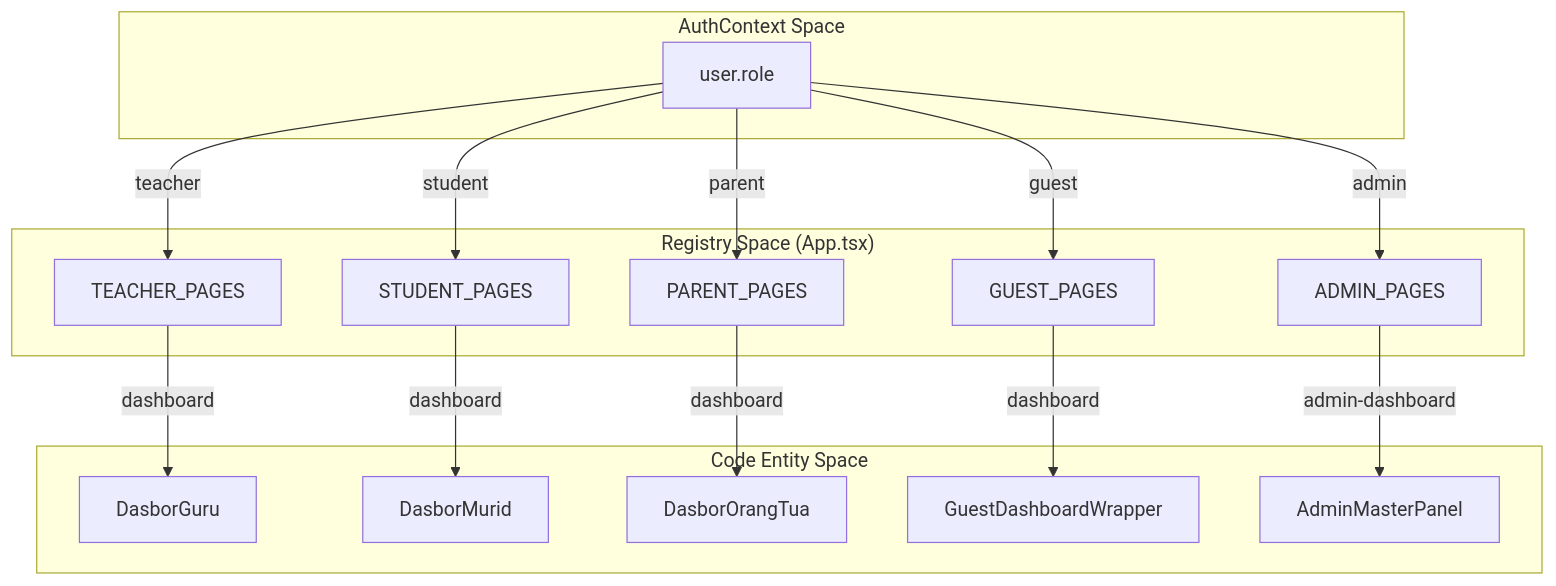
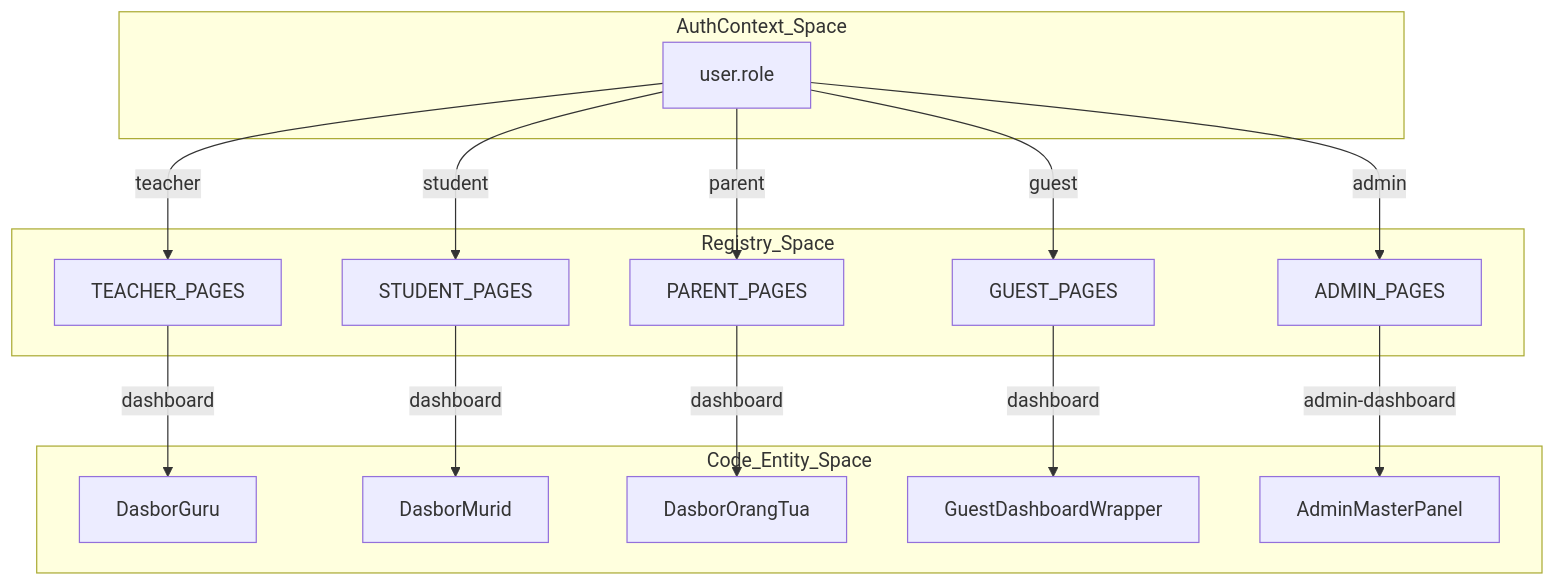
The fifth of 24 diagrams in README.md (Delta-Polder-Indonesia/siakad-sekolah), drawn with Mermaid before and after one commit. The commit also changed other lines of this file and 13 other files, not shown here.

````diff
--- a/README.md
+++ b/README.md
@@ -461,34 +461,34 @@
 ```mermaid
 graph TD
-    subgraph "AuthContext Space"
+    subgraph AuthContext_Space
         UserRole["user.role"]
     end
 
-    subgraph "Registry Space (App.tsx)"
+    subgraph Registry_Space
         TEACHER["TEACHER_PAGES"]
         STUDENT["STUDENT_PAGES"]
         PARENT["PARENT_PAGES"]
         GUEST["GUEST_PAGES"]
         ADMIN["ADMIN_PAGES"]
     end
 
-    subgraph "Code Entity Space"
+    subgraph Code_Entity_Space
         DG["DasborGuru"]
         DM["DasborMurid"]
         DOT["DasborOrangTua"]
         GDW["GuestDashboardWrapper"]
         AMP["AdminMasterPanel"]
     end
 
-    UserRole -- "teacher" --> TEACHER
-    UserRole -- "student" --> STUDENT
-    UserRole -- "parent" --> PARENT
-    UserRole -- "guest" --> GUEST
-    UserRole -- "admin" --> ADMIN
+    UserRole -- teacher --> TEACHER
+    UserRole -- student --> STUDENT
+    UserRole -- parent --> PARENT
+    UserRole -- guest --> GUEST
+    UserRole -- admin --> ADMIN
 
-    TEACHER -- "dashboard" --> DG
-    STUDENT -- "dashboard" --> DM
-    PARENT -- "dashboard" --> DOT
-    GUEST -- "dashboard" --> GDW
-    ADMIN -- "admin-dashboard" --> AMP
+    TEACHER -- dashboard --> DG
+    STUDENT -- dashboard --> DM
+    PARENT -- dashboard --> DOT
+    GUEST -- dashboard --> GDW
+    ADMIN -- admin-dashboard --> AMP
 ```
````
